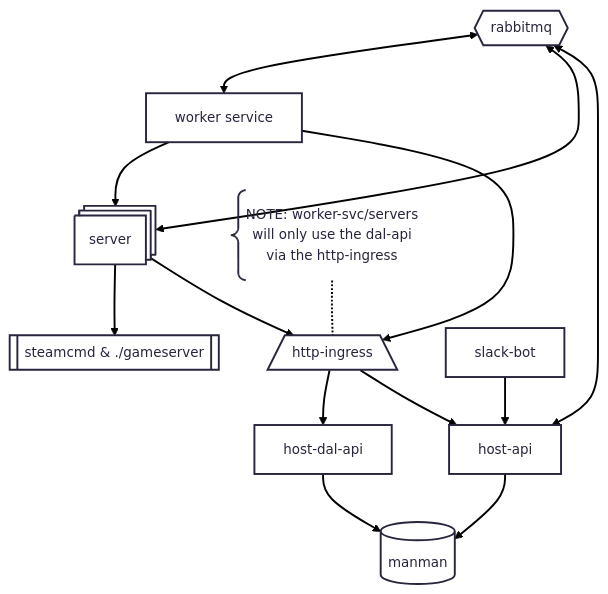
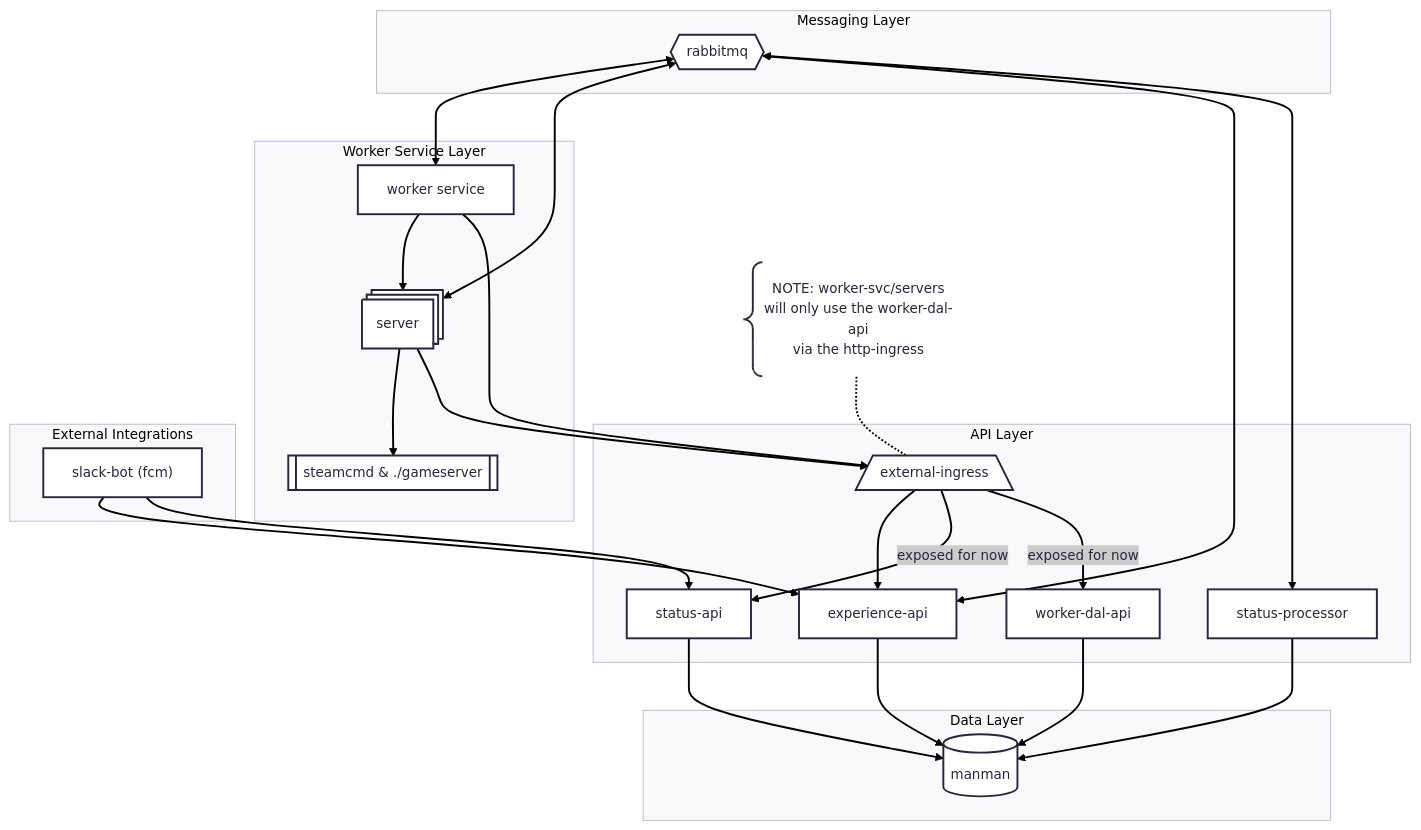
Before and after one commit to whale-net/manman: the diagram in README.md, drawn with Mermaid. The commit also changed other lines of this file, not shown here.

Commit message:
chore: update README.md (#55)
* update README.md

* update README.md

* update README.md

* update README.md

* ai updates to README.md

* ai updates to README.md

* updates to README.md

* updates to README.md

* updates to README.md

* updates to README.md

* updates to README.md

````diff
--- a/README.md
+++ b/README.md
@@ -19,33 +19,64 @@
 ```mermaid
 ---
 config:
   theme: redux
 ---
 graph TD
-    worker-svc["worker service"]
-    servers["server"]@{ shape: procs}
-    server-subproc["steamcmd & ./gameserver"]@{ shape: subproc}
+    subgraph "Worker Service Layer"
+        worker-svc["worker service"]
+        servers["server"]@{ shape: procs}
+        server-subproc["steamcmd & ./gameserver"]@{ shape: subproc }
+    end
 
+    subgraph "API Layer"
+        http-ingress[/"external-ingress"\]
+        experience-api["experience-api"]
+        worker-dal-api["worker-dal-api"]
+        status-api["status-api"]
+        status-processor["status-processor"]@{ shape: proc }
+    end
+
+    subgraph "Data Layer"
+        database["manman"]@{ shape: db}
+    end
+
+    subgraph "Messaging Layer"
+        rmq{{"rabbitmq"}}
+    end
+
+    subgraph "External Integrations"
+        slack-bot["slack-bot (fcm)"]
+    end
+
+    %% Core Worker Flow
     worker-svc --> servers --> server-subproc
 
-    http-ingress[/"http-ingress"\]
-    host-api["host-api"]
-    host-dal-api["host-dal-api"]
-    worker-svc & servers --> http-ingress --> host-dal-api
-    http-ingress --> host-api
+    %% HTTP Ingress and API interactions
+    http-ingress --> experience-api
+    http-ingress -- exposed for now --> status-api
+    http-ingress -- exposed for now --> worker-dal-api
 
-    http-ingress-comment["NOTE: worker-svc/servers<br>will only use the dal-api<br>via the http-ingress"]@{ shape: comment }
+    %% Service to Ingress Communication
+    worker-svc --> http-ingress
+    servers --> http-ingress
 
+    %% API to Database Communication
+    experience-api --> database
+    worker-dal-api --> database
+    status-processor --> database
+    status-api --> database
+
+    %% RabbitMQ Interactions
+    rmq <--> worker-svc
+    rmq <--> servers
+    rmq <--> experience-api
+    rmq <--> status-processor
+
+    %% Slack Bot Interactions
+    slack-bot --> experience-api
+    slack-bot --> status-api
+
+    %% Comment
+    http-ingress-comment["NOTE: worker-svc/servers<br>will only use the worker-dal-api<br>via the http-ingress"]@{ shape: comment }
     http-ingress-comment -.- http-ingress
-
-    database["manman"]@{ shape: db}
-    host-api & host-dal-api --> database
-
-    rmq{{"rabbitmq"}}
-    rmq <--> worker-svc & servers & host-api
-
-
-    slack-bot["slack-bot"]
-    slack-bot --> host-api
-
 ```
````
